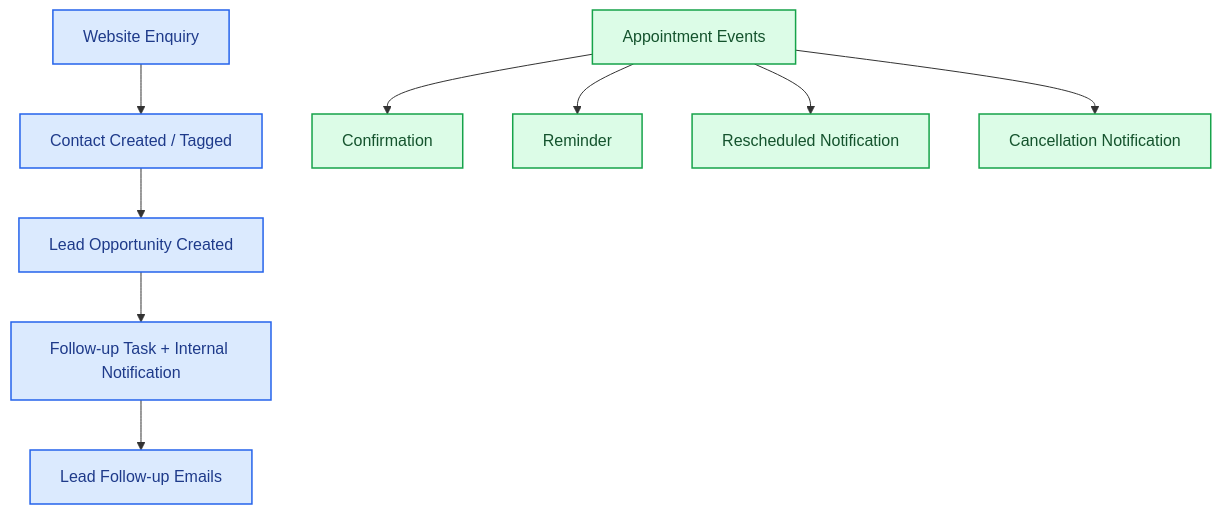
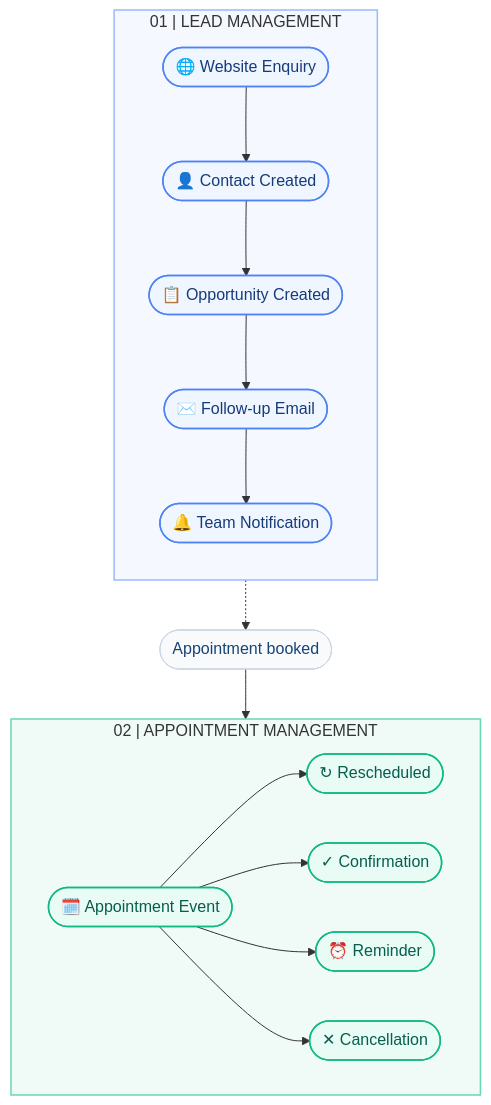
One commit to Aminul-Eng/smile-dental-crm-automation changed the diagram in README.md. Above: the diagram before and after it, drawn with Mermaid. The commit also changed other lines of this file, not shown here.

Commit message:
Update README with branding and disclaimer
Added branding and disclaimer sections to README.

````diff
--- a/README.md
+++ b/README.md
@@ -51,17 +59,42 @@
 ```mermaid
-flowchart TD
-    A["Website Enquiry"] --> B["Contact Created / Tagged"]
-    B --> C["Lead Opportunity Created"]
-    C --> D["Follow-up Task + Internal Notification"]
-    D --> E["Lead Follow-up Emails"]
+flowchart TB
+    subgraph LEAD["01 | LEAD MANAGEMENT"]
+        direction TB
+        L1(["🌐 Website Enquiry"])
+        L2(["👤 Contact Created"])
+        L3(["📋 Opportunity Created"])
+        L4(["✉️ Follow-up Email"])
+        L5(["🔔 Team Notification"])
+        L1 --> L2 --> L3 --> L4 --> L5
+    end
 
-    F["Appointment Events"] --> G["Confirmation"]
-    F --> H["Reminder"]
-    F --> I["Rescheduled Notification"]
-    F --> J["Cancellation Notification"]
+    BOOK(["Appointment booked"])
 
-    classDef lead fill:#DBEAFE,stroke:#2563EB,color:#1E3A8A,stroke-width:1.5px
-    classDef appointment fill:#DCFCE7,stroke:#16A34A,color:#14532D,stroke-width:1.5px
-    class A,B,C,D,E lead
-    class F,G,H,I,J appointment
+    subgraph APPT["02 | APPOINTMENT MANAGEMENT"]
+        direction TB
+        A0(["🗓️ Appointment Event"])
+        direction LR
+        A1(["↻ Rescheduled"])
+        A2(["✓ Confirmation"])
+        A3(["⏰ Reminder"])
+        A4(["✕ Cancellation"])
+        A0 --> A1
+        A0 --> A2
+        A0 --> A3
+        A0 --> A4
+    end
+
+    L5 -.-> BOOK
+    BOOK --> A0
+
+    classDef lead fill:#EFF6FF,stroke:#4F83F5,color:#173B78,stroke-width:1.5px
+    classDef appointment fill:#E8FBF5,stroke:#10B981,color:#075E4E,stroke-width:1.5px
+    classDef bridge fill:#F8FAFC,stroke:#CBD5E1,color:#174477,stroke-width:1px
+
+    class L1,L2,L3,L4,L5 lead
+    class A0,A1,A2,A3,A4 appointment
+    class BOOK bridge
+
+    style LEAD fill:#F5F8FF,stroke:#9BB8FF,stroke-width:1.5px
+    style APPT fill:#F0FBF7,stroke:#69D6B8,stroke-width:1.5px
 ```
````
